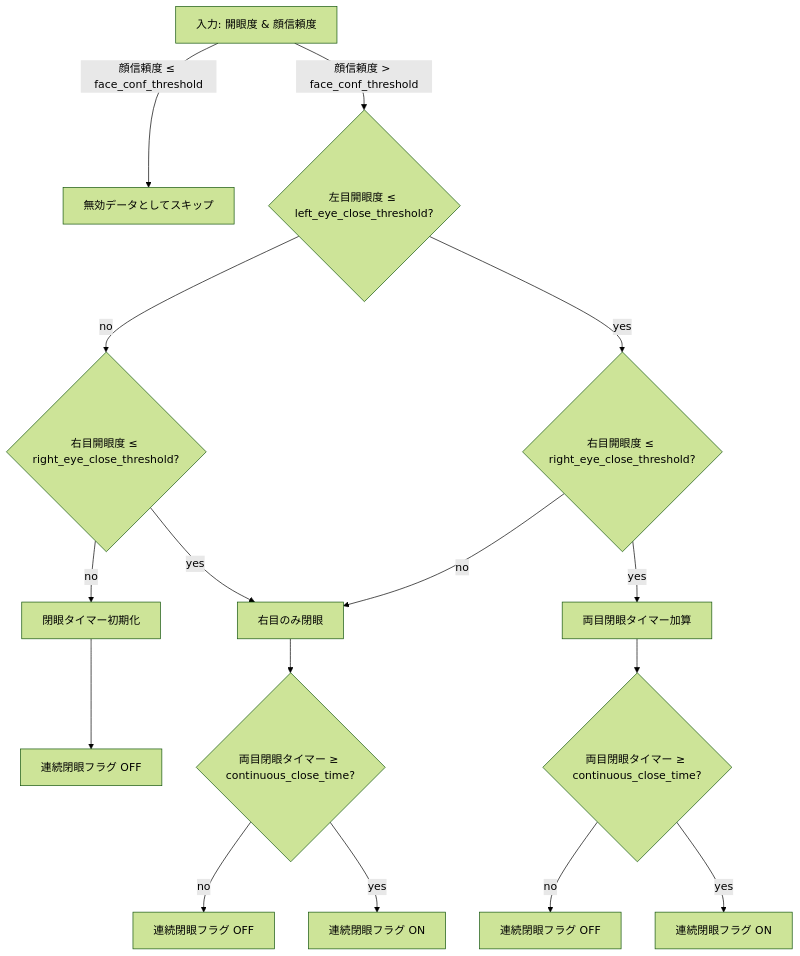
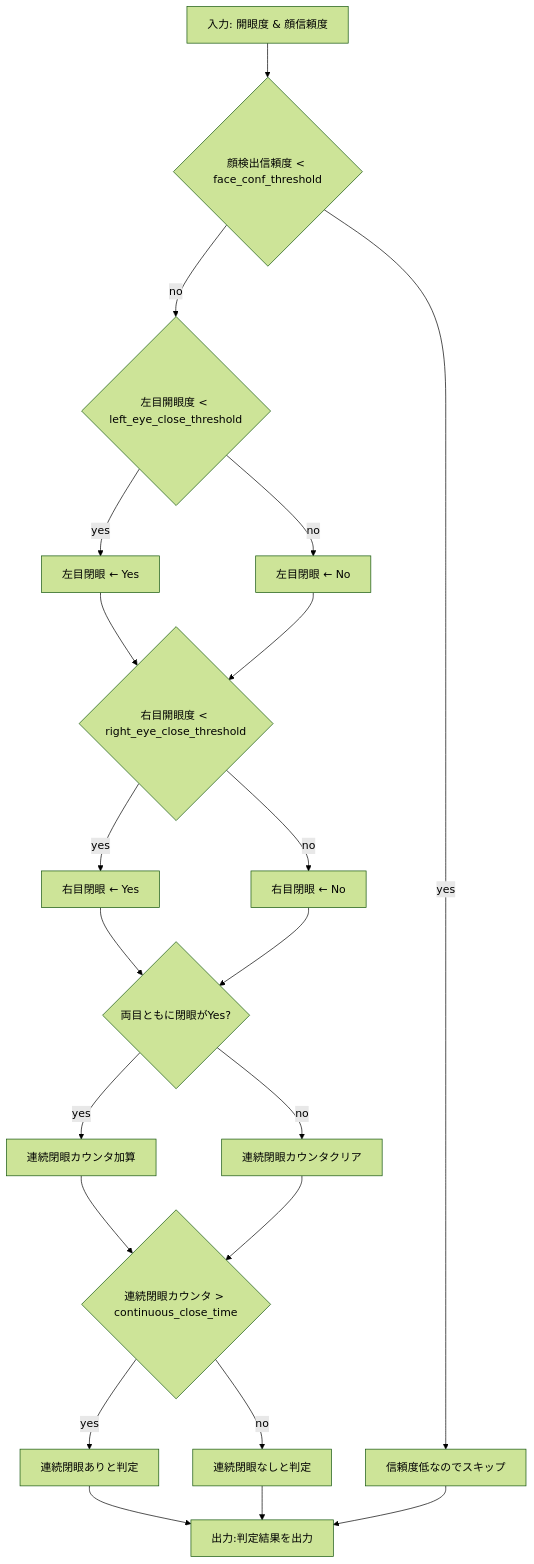
One commit to abekoki/drowsy_detection changed the diagram in algorithm_specification/AS_drowsy_detection.md. Above: the diagram before and after it, drawn with Mermaid (forest theme). The commit also changed other lines of this file and 3 other files, not shown here.

````diff
--- a/algorithm_specification/AS_drowsy_detection.md
+++ b/algorithm_specification/AS_drowsy_detection.md
@@ -73,18 +73,23 @@
 ```mermaid
-graph TD
-    A["入力: 開眼度 & 顔信頼度"] -->|顔信頼度 ≤ face_conf_threshold| G["無効データとしてスキップ"]
-    A -->|顔信頼度 > face_conf_threshold| B{左目開眼度 ≤ left_eye_close_threshold?}
-    B -- no --> C{右目開眼度 ≤ right_eye_close_threshold?}
-    C -- no --> F["閉眼タイマー初期化"]
-    C -- yes --> D["右目のみ閉眼"]
-    B -- yes --> E{右目開眼度 ≤ right_eye_close_threshold?}
-    E -- no --> D
-    E -- yes --> H["両目閉眼タイマー加算"]
-    H --> I{両目閉眼タイマー ≥ continuous_close_time?}
-    I -- no --> J["連続閉眼フラグ OFF"]
-    I -- yes --> K["連続閉眼フラグ ON"]
-    D --> L{両目閉眼タイマー ≥ continuous_close_time?}
-    L -- no --> M["連続閉眼フラグ OFF"]
-    L -- yes --> N["連続閉眼フラグ ON"]
-    F --> O["連続閉眼フラグ OFF"]
+flowchart TD
+    n1["入力: 開眼度 & 顔信頼度"] --> n2{"顔検出信頼度 < face_conf_threshold"}
+    n2 -- yes --> n3["信頼度低なのでスキップ"]
+    n2 -- no --> n4{"左目開眼度 < left_eye_close_threshold"}
+    n4 -- yes --> n5["左目閉眼 ← Yes"]
+    n4 -- no --> n8["左目閉眼 ← No"]
+    n5 --> n6{"右目開眼度 < right_eye_close_threshold"}
+    n6 -- yes --> n7["右目閉眼 ← Yes"]
+    n6 -- no --> n9["右目閉眼 ← No"]
+    n8 --> n6
+    n7 --> n10{"両目ともに閉眼がYes?"}
+    n9 --> n10
+    n10 -- yes --> n11["連続閉眼カウンタ加算"]
+    n10 -- no --> n12["連続閉眼カウンタクリア"]
+    n11 --> n13{"連続閉眼カウンタ > continuous_close_time"}
+    n12 --> n13
+    n13 -- yes --> n14["連続閉眼ありと判定"]
+    n13 -- no --> n15["連続閉眼なしと判定"]
+    n14 --> n16["出力:判定結果を出力"]
+    n15 --> n16
+    n3 --> n16
 ```
````
